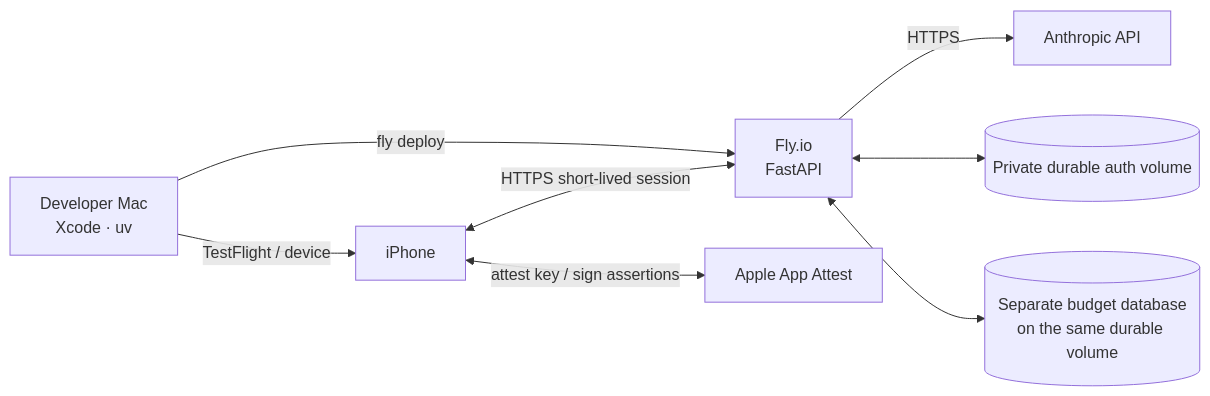
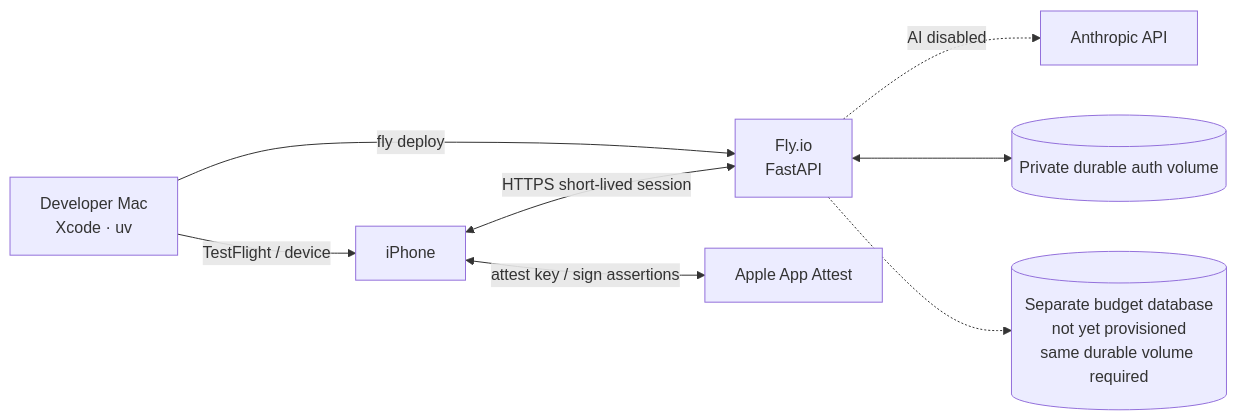
Before and after one commit to tzehon/wardrobe-stylist: the sixth of 6 diagrams in docs/architecture.md, drawn with Mermaid. The commit also changed other lines of this file and 14 other files, not shown here.

````diff
--- a/docs/architecture.md
+++ b/docs/architecture.md
@@ -287,10 +296,10 @@
 ```mermaid
 flowchart LR
     Dev["Developer Mac<br/>Xcode · uv"] -->|"TestFlight / device"| Phone["iPhone"]
     Dev -->|"fly deploy"| Fly["Fly.io<br/>FastAPI"]
     Phone <-->|"HTTPS short-lived session"| Fly
-    Fly -->|"HTTPS"| Anthropic["Anthropic API"]
+    Fly -.->|"AI disabled"| Anthropic["Anthropic API"]
     Phone <-->|"attest key / sign assertions"| Apple["Apple App Attest"]
     Fly <--> AuthDB[("Private durable auth volume")]
-    Fly <--> BudgetDB[("Separate budget database<br/>on the same durable volume")]
+    Fly -.-> BudgetDB[("Separate budget database<br/>not yet provisioned<br/>same durable volume required")]
 ```
````
